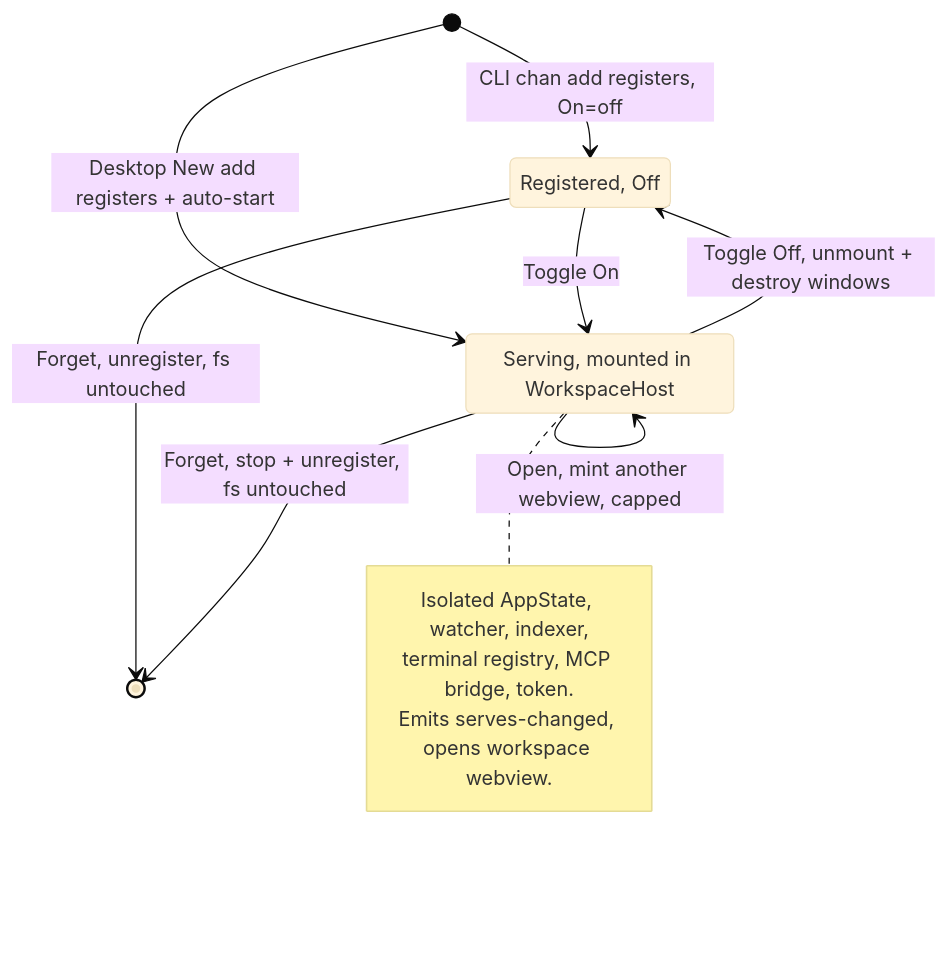
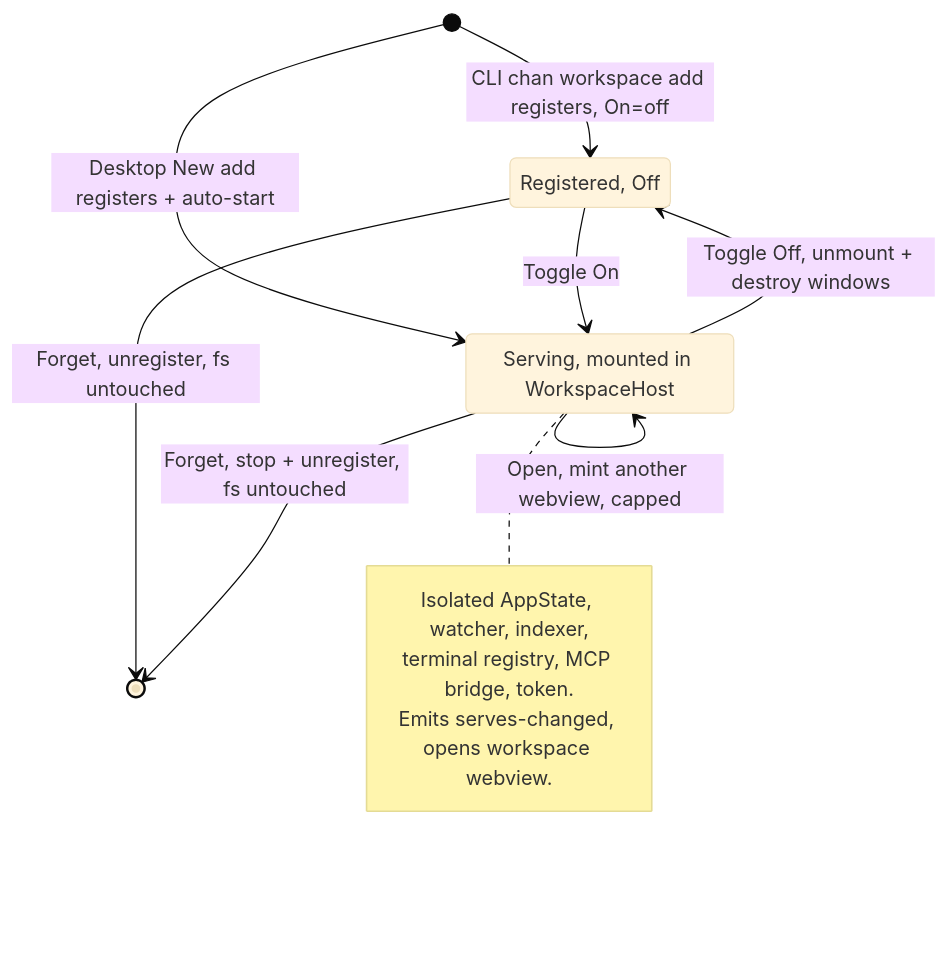
One commit to fiorix/chan changed the second of 3 diagrams in desktop/design.md. Above: the diagram before and after it, drawn with Mermaid (base theme). The commit also changed other lines of this file and 41 other files, not shown here.

````diff
--- a/desktop/design.md
+++ b/desktop/design.md
@@ -49,21 +51,21 @@
 ```mermaid
 stateDiagram-v2
-    [*] --> Off : CLI chan add registers, On=off
+    [*] --> Off : CLI chan workspace add registers, On=off
     [*] --> Serving : Desktop New add registers + auto-start
 
     Off : Registered, Off
     Serving : Serving, mounted in WorkspaceHost
 
     Off --> Serving : Toggle On
     Serving --> Off : Toggle Off, unmount + destroy windows
     Serving --> Serving : Open, mint another webview, capped
 
     Off --> [*] : Forget, unregister, fs untouched
     Serving --> [*] : Forget, stop + unregister, fs untouched
 
     note right of Serving
         Isolated AppState, watcher, indexer,
         terminal registry, MCP bridge, token.
         Emits serves-changed, opens workspace webview.
     end note
 ```
````
